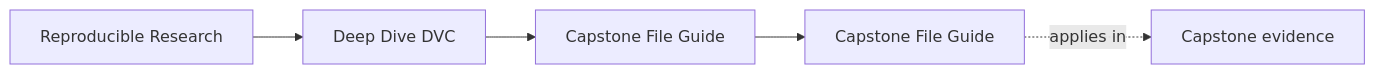
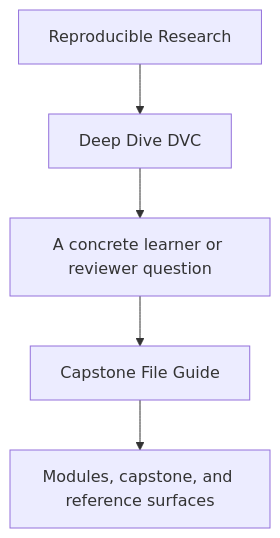
One commit to bijux/bijux-masterclass changed the first of 2 diagrams in programs/reproducible-research/deep-dive-dvc/course-book/guides/capstone-file-guide.md. Above: the diagram before and after it, drawn with Mermaid. The commit also changed other lines of this file and 31 other files, not shown here.

Commit message:
docs(deep-dive-dvc): sharpen guide and reference diagrams

````diff
--- a/programs/reproducible-research/deep-dive-dvc/course-book/guides/capstone-file-guide.md
+++ b/programs/reproducible-research/deep-dive-dvc/course-book/guides/capstone-file-guide.md
@@ -9,11 +9,7 @@
 ```mermaid
-graph LR
-  family["Reproducible Research"]
-  program["Deep Dive DVC"]
-  section["Capstone File Guide"]
-  page["Capstone File Guide"]
-  capstone["Capstone evidence"]
-
-  family --> program --> section --> page
-  page -.applies in.-> capstone
+flowchart TD
+  family["Reproducible Research"] --> program["Deep Dive DVC"]
+  program --> pressure["A concrete learner or reviewer question"]
+  pressure --> guide["Capstone File Guide"]
+  guide --> next["Modules, capstone, and reference surfaces"]
 ```
````
